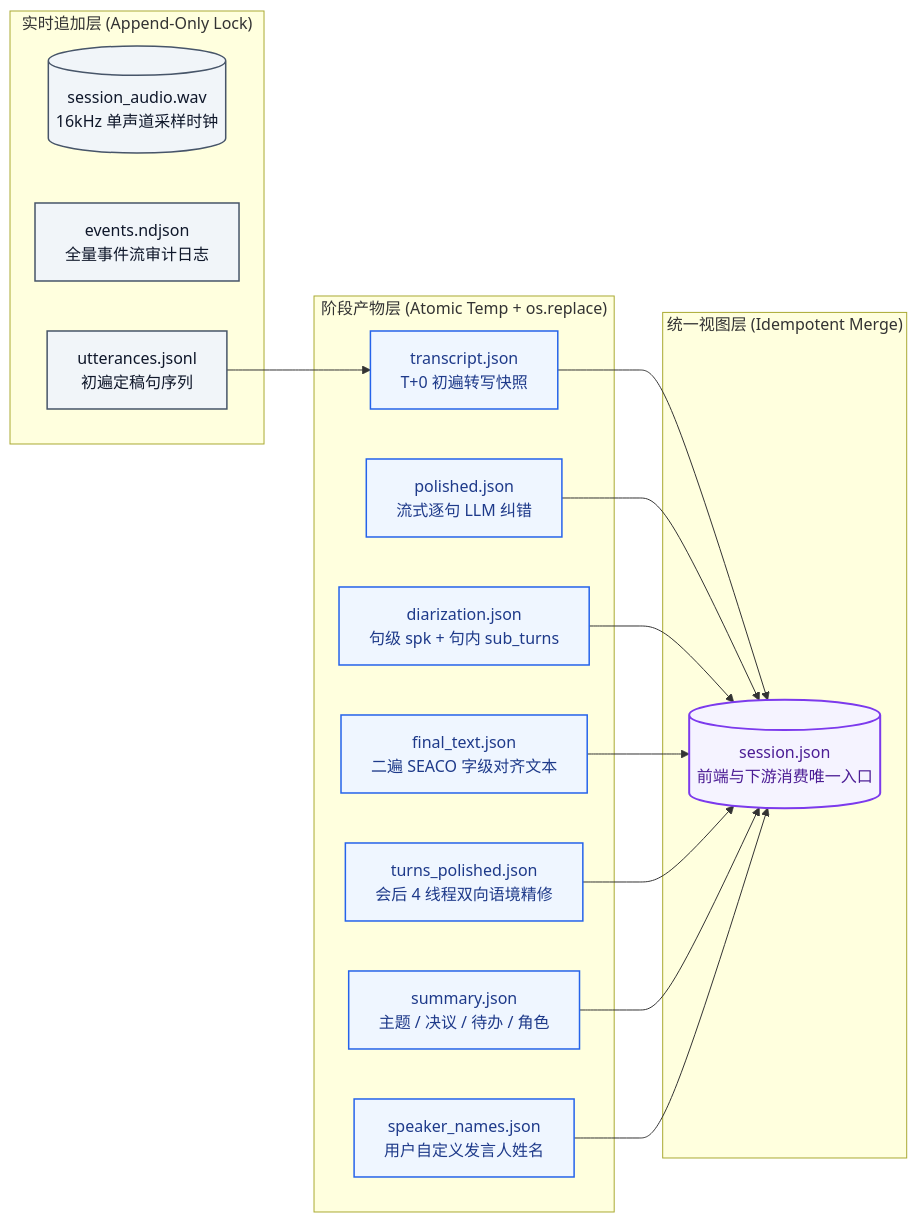
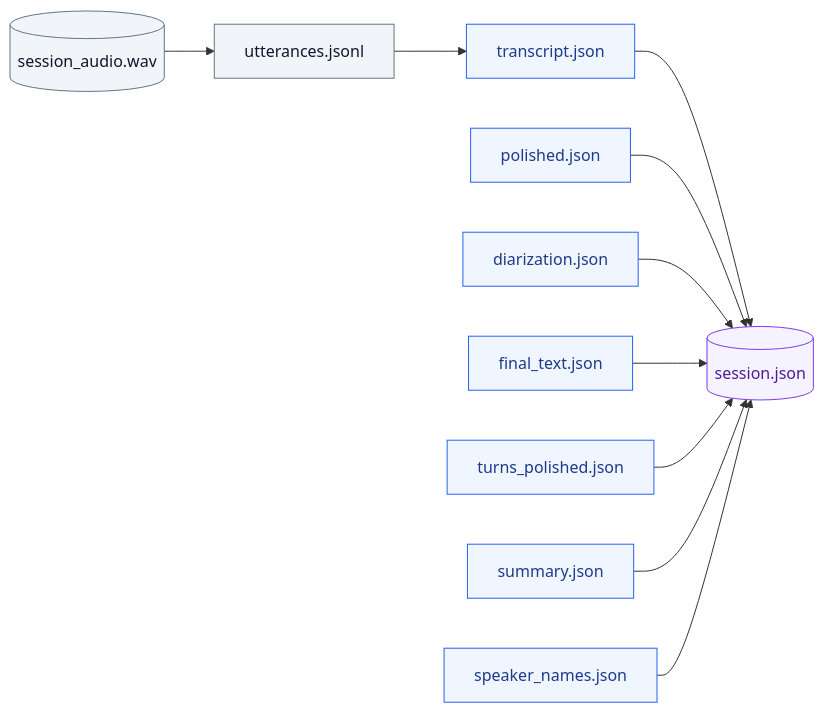
One commit to zhangshuai05/my_study_meeting_asr changed the diagram in Meeting_main/README.md. Above: the diagram before and after it, drawn with Mermaid. The commit also changed other lines of this file and 2 other files, not shown here.

Commit message:
docs: make README flowcharts compact and single-screen friendly

````diff
--- a/Meeting_main/README.md
+++ b/Meeting_main/README.md
@@ -67,39 +88,19 @@
 ```mermaid
 flowchart LR
-    subgraph RAW["实时追加层 (Append-Only Lock)"]
-        WAV[("session_audio.wav<br/>16kHz 单声道采样时钟")]
-        EV["events.ndjson<br/>全量事件流审计日志"]
-        UTT["utterances.jsonl<br/>初遍定稿句序列"]
-    end
+    W[("session_audio.wav")] --> U["utterances.jsonl"]
+    U --> T["transcript.json"]
+    T --> S[("session.json")]
+    P["polished.json"] --> S
+    D["diarization.json"] --> S
+    F["final_text.json"] --> S
+    TP["turns_polished.json"] --> S
+    M["summary.json"] --> S
+    N["speaker_names.json"] --> S
 
-    subgraph STAGE["阶段产物层 (Atomic Temp + os.replace)"]
-        TR["transcript.json<br/>T+0 初遍转写快照"]
-        POL["polished.json<br/>流式逐句 LLM 纠错"]
-        DIAR["diarization.json<br/>句级 spk + 句内 sub_turns"]
-        FT["final_text.json<br/>二遍 SEACO 字级对齐文本"]
-        TP["turns_polished.json<br/>会后 4 线程双向语境精修"]
-        SUM["summary.json<br/>主题 / 决议 / 待办 / 角色"]
-        SPK["speaker_names.json<br/>用户自定义发言人姓名"]
-    end
-
-    subgraph FINAL["统一视图层 (Idempotent Merge)"]
-        SES[("session.json<br/>前端与下游消费唯一入口")]
-    end
-
-    UTT --> TR
-    TR --> SES
-    POL --> SES
-    DIAR --> SES
-    FT --> SES
-    TP --> SES
-    SUM --> SES
-    SPK --> SES
-
-    classDef clsRaw fill:#F1F5F9,stroke:#475569,stroke-width:1.5px,color:#0F172A
-    classDef clsStage fill:#EFF6FF,stroke:#2563EB,stroke-width:1.5px,color:#1E3A8A
-    classDef clsFinal fill:#F5F3FF,stroke:#7C3AED,stroke-width:2px,color:#4C1D95
-
-    class WAV,EV,UTT clsRaw
-    class TR,POL,DIAR,FT,TP,SUM,SPK clsStage
-    class SES clsFinal
+    classDef raw fill:#F1F5F9,stroke:#64748B,color:#0F172A
+    classDef mid fill:#EFF6FF,stroke:#2563EB,color:#1E3A8A
+    classDef out fill:#F5F3FF,stroke:#7C3AED,color:#4C1D95
+    class W,U raw
+    class T,P,D,F,TP,M,N mid
+    class S out
 ```
````
